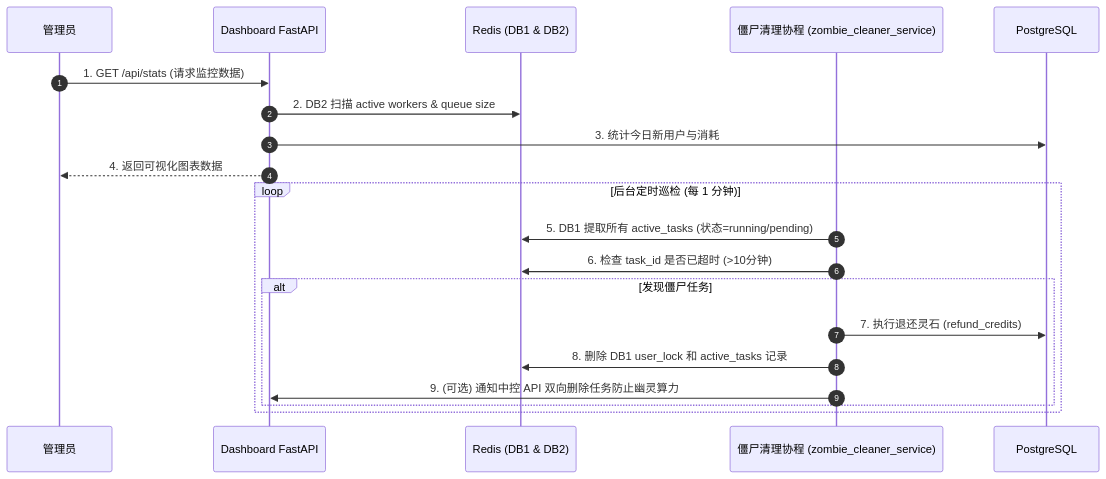
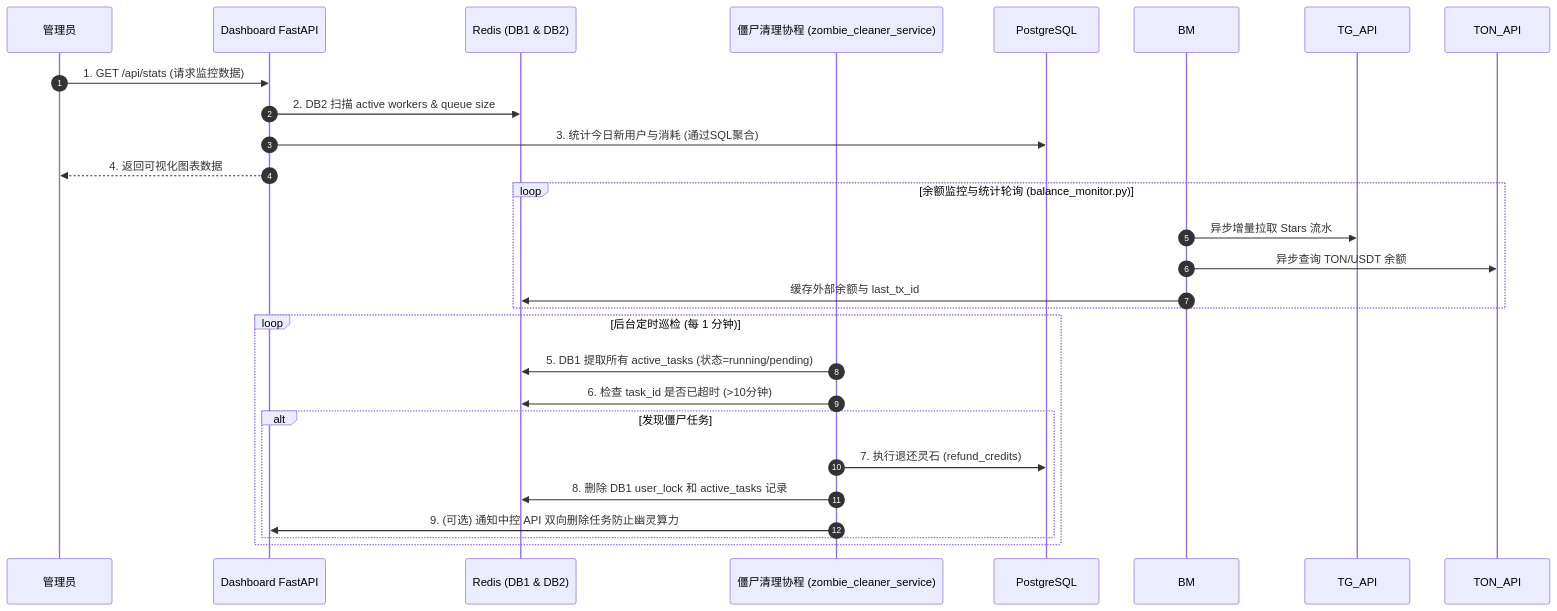
One commit to giraffu/All_bot changed the diagram in docs/子模块_后台监控与清理_dashboard_monitoring.md. Above: the diagram before and after it, drawn with Mermaid. The commit also changed 3 other files, not shown here.

````diff
--- a/docs/子模块_后台监控与清理_dashboard_monitoring.md
+++ b/docs/子模块_后台监控与清理_dashboard_monitoring.md
@@ -8,24 +8,30 @@
 ```mermaid
 sequenceDiagram
     autonumber
     participant Admin as 管理员
     participant DB as Dashboard FastAPI
     participant Redis as Redis (DB1 & DB2)
     participant ZC as 僵尸清理协程 (zombie_cleaner_service)
     participant PG as PostgreSQL
 
     Admin->>DB: 1. GET /api/stats (请求监控数据)
     DB->>Redis: 2. DB2 扫描 active workers & queue size
-    DB->>PG: 3. 统计今日新用户与消耗
+    DB->>PG: 3. 统计今日新用户与消耗 (通过SQL聚合)
     DB-->>Admin: 4. 返回可视化图表数据
     
+    loop 余额监控与统计轮询 (balance_monitor.py)
+        BM->>TG_API: 异步增量拉取 Stars 流水
+        BM->>TON_API: 异步查询 TON/USDT 余额
+        BM->>Redis: 缓存外部余额与 last_tx_id
+    end
+
     loop 后台定时巡检 (每 1 分钟)
         ZC->>Redis: 5. DB1 提取所有 active_tasks (状态=running/pending)
         ZC->>Redis: 6. 检查 task_id 是否已超时 (>10分钟)
         alt 发现僵尸任务
             ZC->>PG: 7. 执行退还灵石 (refund_credits)
             ZC->>Redis: 8. 删除 DB1 user_lock 和 active_tasks 记录
             ZC->>DB: 9. (可选) 通知中控 API 双向删除任务防止幽灵算力
         end
     end
 ```
````
